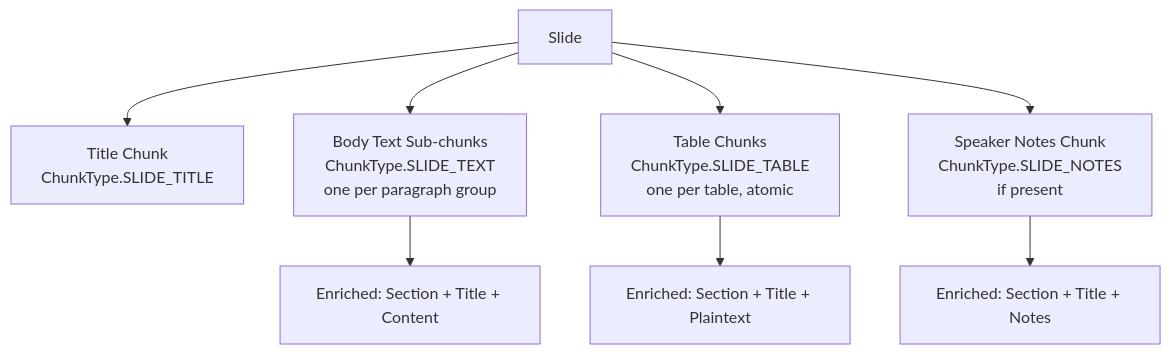
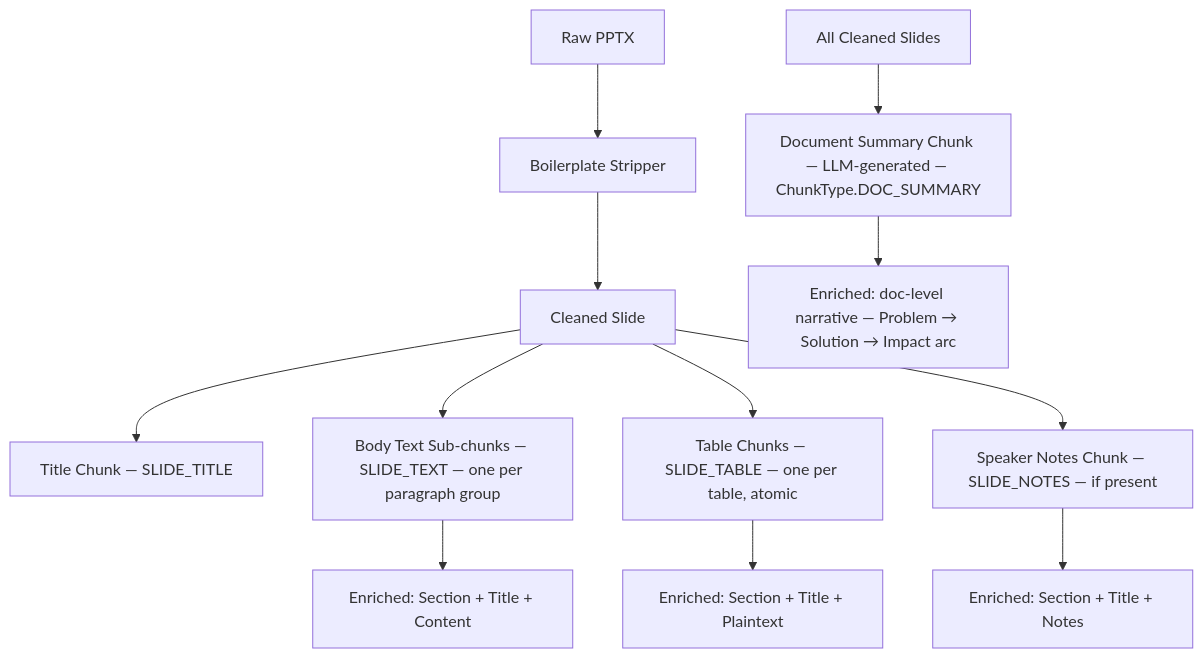
The third of 8 diagrams in docs/ARCHITECTURE.md (Soul-Eater69/value-stream-rag), drawn with Mermaid before and after one commit. The commit also changed other lines of this file, not shown here.

First line of the commit message:
docs: incorporate architecture review feedback into ARCHITECTURE.md

````diff
--- a/docs/ARCHITECTURE.md
+++ b/docs/ARCHITECTURE.md
@@ -316,12 +328,17 @@
 ```mermaid
 graph TD
-    SLIDE[Slide]
-    SLIDE --> T[Title Chunk\nChunkType.SLIDE_TITLE]
-    SLIDE --> B[Body Text Sub-chunks\nChunkType.SLIDE_TEXT\none per paragraph group]
-    SLIDE --> TB[Table Chunks\nChunkType.SLIDE_TABLE\none per table, atomic]
-    SLIDE --> N[Speaker Notes Chunk\nChunkType.SLIDE_NOTES\nif present]
+    RAW["Raw PPTX"] --> STRIP["Boilerplate Stripper"]
+    STRIP --> SLIDE["Cleaned Slide"]
 
-    B --> E1[Enriched: Section + Title + Content]
-    TB --> E2[Enriched: Section + Title + Plaintext]
-    N --> E3[Enriched: Section + Title + Notes]
+    SLIDE --> T["Title Chunk — SLIDE_TITLE"]
+    SLIDE --> B["Body Text Sub-chunks — SLIDE_TEXT — one per paragraph group"]
+    SLIDE --> TB["Table Chunks — SLIDE_TABLE — one per table, atomic"]
+    SLIDE --> N["Speaker Notes Chunk — SLIDE_NOTES — if present"]
+
+    B --> E1["Enriched: Section + Title + Content"]
+    TB --> E2["Enriched: Section + Title + Plaintext"]
+    N --> E3["Enriched: Section + Title + Notes"]
+
+    ALL_SLIDES["All Cleaned Slides"] --> SUMCHUNK["Document Summary Chunk — LLM-generated — ChunkType.DOC_SUMMARY"]
+    SUMCHUNK --> E4["Enriched: doc-level narrative — Problem → Solution → Impact arc"]
 ```
````
